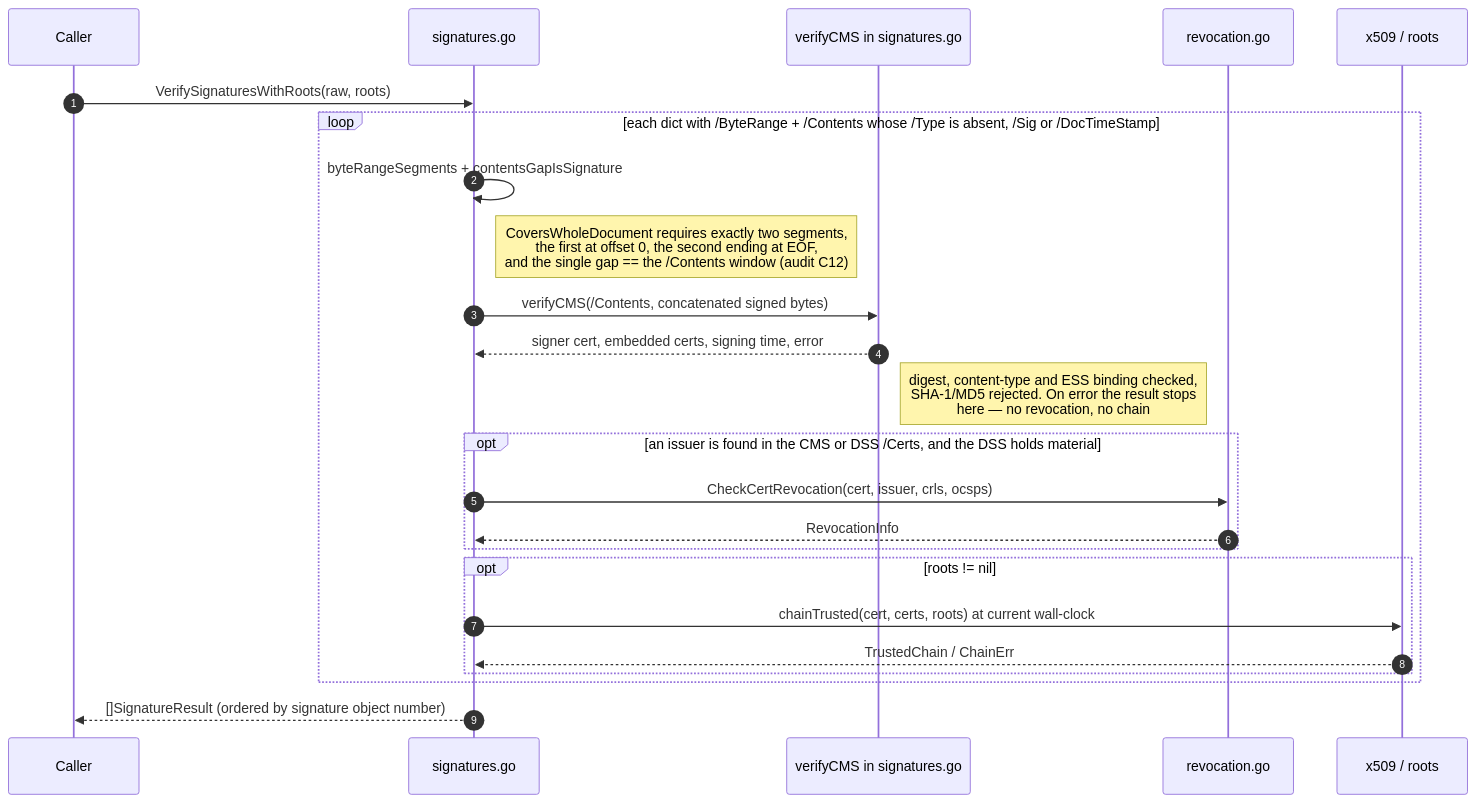
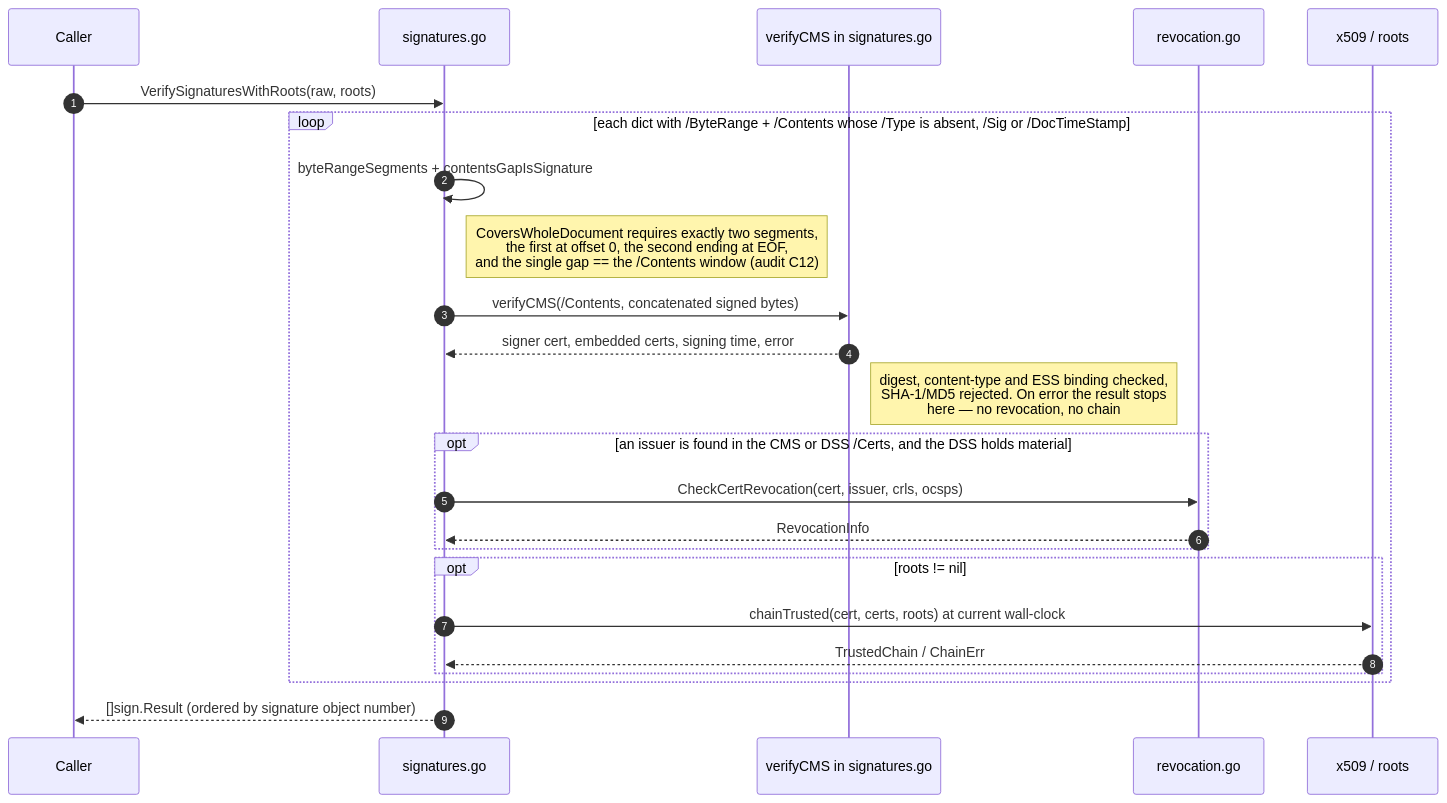
The first of 2 diagrams in docs/signing.md (mgilbir/pdf0), drawn with Mermaid before and after one commit. The commit also changed other lines of this file and 177 other files, not shown here.

````diff
--- a/docs/signing.md
+++ b/docs/signing.md
@@ -69,27 +69,27 @@
 ```mermaid
 sequenceDiagram
     autonumber
     participant C as Caller
     participant S as signatures.go
     participant M as verifyCMS in signatures.go
     participant R as revocation.go
     participant X as x509 / roots
 
     C->>S: VerifySignaturesWithRoots(raw, roots)
     loop each dict with /ByteRange + /Contents whose /Type is absent, /Sig or /DocTimeStamp
         S->>S: byteRangeSegments + contentsGapIsSignature
         Note right of S: CoversWholeDocument requires exactly two segments,<br/>the first at offset 0, the second ending at EOF,<br/>and the single gap == the /Contents window (audit C12)
         S->>M: verifyCMS(/Contents, concatenated signed bytes)
         M-->>S: signer cert, embedded certs, signing time, error
         Note right of M: digest, content-type and ESS binding checked,<br/>SHA-1/MD5 rejected. On error the result stops<br/>here — no revocation, no chain
         opt an issuer is found in the CMS or DSS /Certs, and the DSS holds material
             S->>R: CheckCertRevocation(cert, issuer, crls, ocsps)
             R-->>S: RevocationInfo
         end
         opt roots != nil
             S->>X: chainTrusted(cert, certs, roots) at current wall-clock
             X-->>S: TrustedChain / ChainErr
         end
     end
-    S-->>C: []SignatureResult (ordered by signature object number)
+    S-->>C: []sign.Result (ordered by signature object number)
 ```
````
